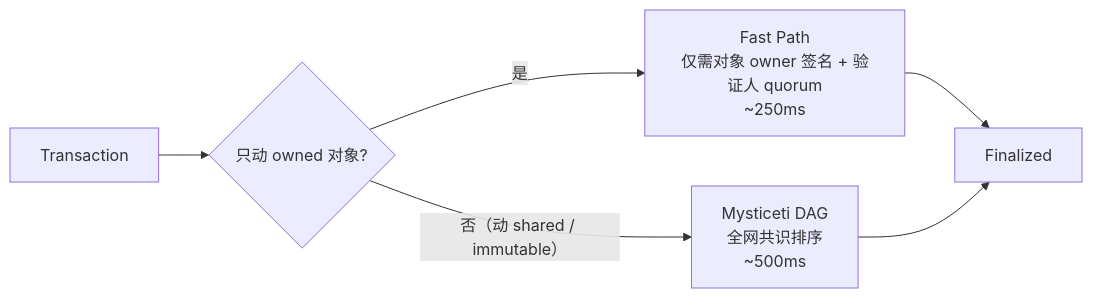
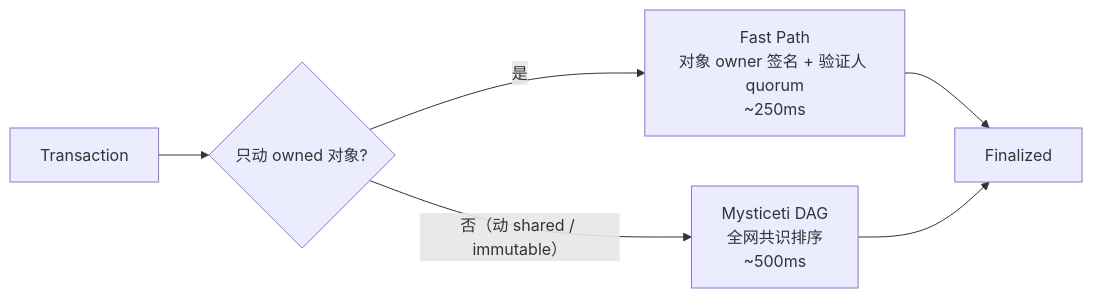
Before and after one commit to ChuwuYo/misc-files: diagram 19 of 42 in web3-engineer-guide/09-替代生态/README.md, drawn with Mermaid. The commit also changed other lines of this file and 690 other files, not shown here.

````diff
--- a/web3-engineer-guide/09-替代生态/README.md
+++ b/web3-engineer-guide/09-替代生态/README.md
@@ -1496,8 +1447,8 @@
 ```mermaid
 flowchart LR
     Tx[Transaction] --> Q{只动 owned 对象?}
-    Q -- 是 --> Fast[Fast Path<br>仅需对象 owner 签名 + 验证人 quorum<br>~250ms]
+    Q -- 是 --> Fast[Fast Path<br>对象 owner 签名 + 验证人 quorum<br>~250ms]
     Q -- 否（动 shared / immutable） --> DAG[Mysticeti DAG<br>全网共识排序<br>~500ms]
     Fast --> Final[Finalized]
     DAG --> Final
 ```
````
